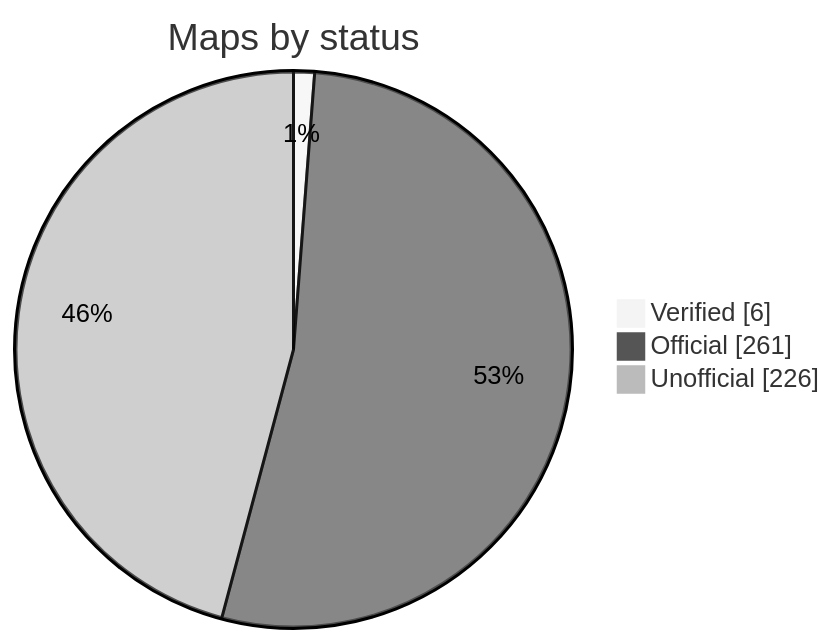
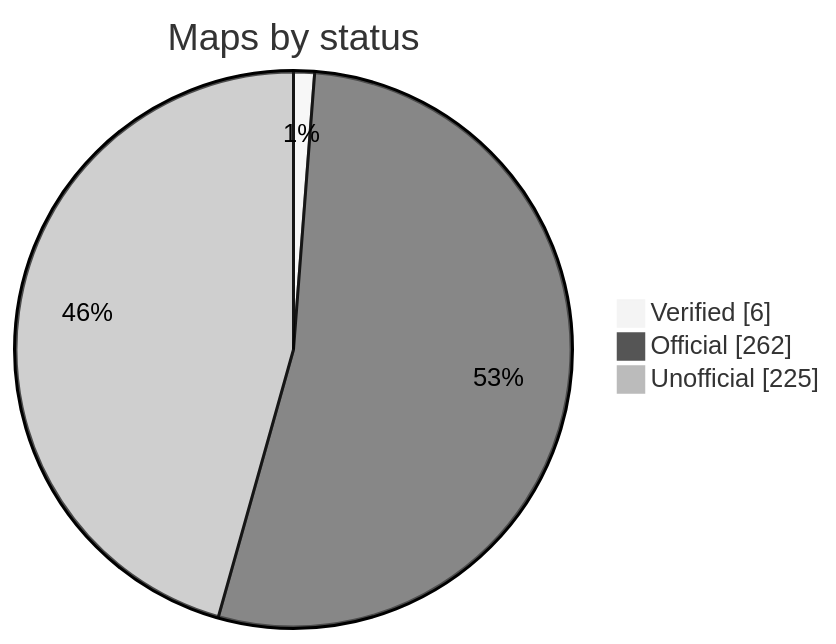
The diagram in README.md (nobrega8/mbmap-library), drawn with Mermaid (neutral theme) before and after one commit. The commit also changed 2 other files, not shown here.

Commit message:
Rewrite the Schneider Electric ION6200 map from the register map (#40)
Written from the PowerLogic ION6200 Serial Communications Protocol and ION / Modbus Register Map (70022-0115, 04/2007), Appendix B: factory, metered, setup and control registers, with the scales of the factory PVS/PCS/PnS/PPS settings and both word orders of the 32-bit energy values.

````diff
--- a/README.md
+++ b/README.md
@@ -48,7 +48,7 @@
 ```mermaid
 pie showData
     title Maps by status
     "Verified" : 6
-    "Official" : 261
-    "Unofficial" : 226
+    "Official" : 262
+    "Unofficial" : 225
 ```
````
